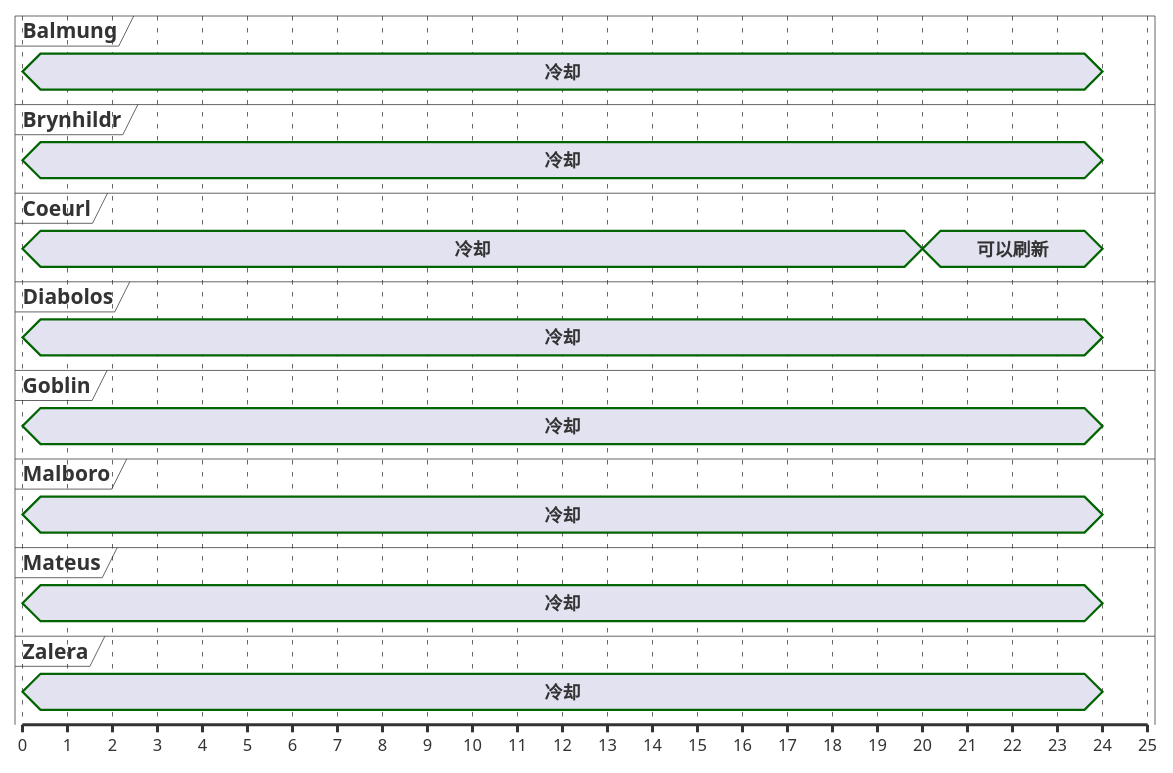
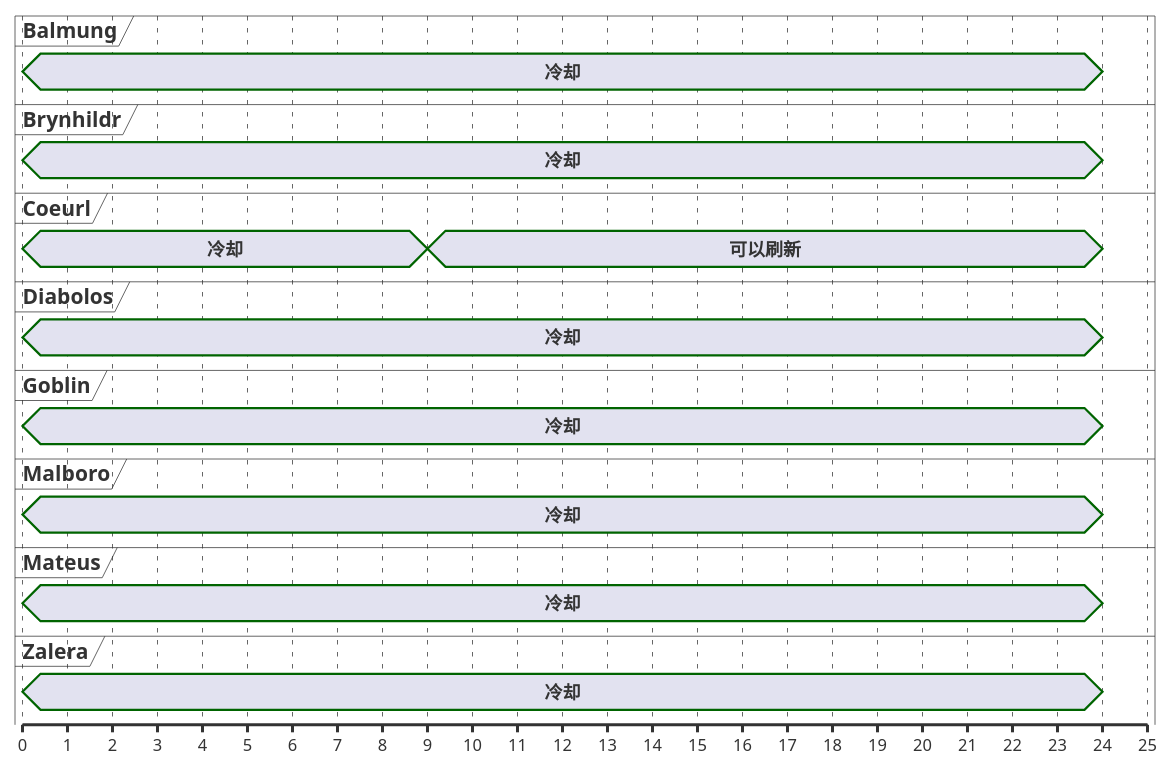
Before and after one commit to Eroleice/doc-pi: the tenth of 13 diagrams in ffxiv/hunt/3.0/Leucrotta.md, drawn with PlantUML. The commit also changed other lines of this file and 38 other files, not shown here.

````diff
--- a/ffxiv/hunt/3.0/Leucrotta.md
+++ b/ffxiv/hunt/3.0/Leucrotta.md
@@ -488,48 +502,48 @@
 ```plantuml
 @startuml
 scale 1 as 30 pixels
 
 concise Balmung
 concise Brynhildr
 concise Coeurl
 concise Diabolos
 concise Goblin
 concise Malboro
 concise Mateus
 concise Zalera
 
 @Coeurl
 0 is 冷却
-20 is 可以刷新
+9 is 可以刷新
 24 is {hidden}
 
 @Zalera
 0 is 冷却
 24 is {hidden}
 
 @Malboro
 0 is 冷却
 24 is {hidden}
 
 @Balmung
 0 is 冷却
 24 is {hidden}
 
 @Mateus
 0 is 冷却
 24 is {hidden}
 
 @Brynhildr
 0 is 冷却
 24 is {hidden}
 
 @Diabolos
 0 is 冷却
 24 is {hidden}
 
 @Goblin
 0 is 冷却
 24 is {hidden}
 
 @enduml
 ```
````
